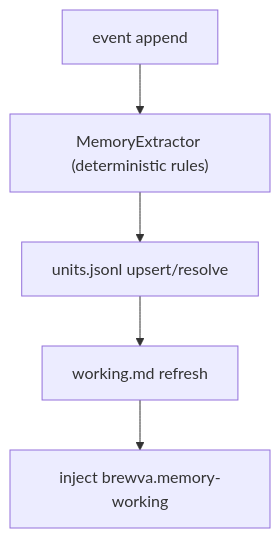
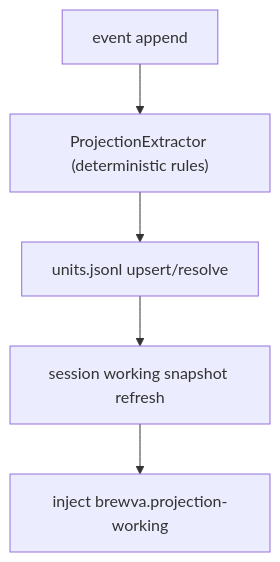
The fourth of 6 diagrams in docs/architecture/control-and-data-flow.md (arcthur/brewva), drawn with Mermaid before and after one commit. The commit also changed other lines of this file and 100 other files, not shown here.

````diff
--- a/docs/architecture/control-and-data-flow.md
+++ b/docs/architecture/control-and-data-flow.md
@@ -52,7 +52,7 @@
 ```mermaid
 flowchart TD
-  EVT["event append"] --> EX["MemoryExtractor (deterministic rules)"]
+  EVT["event append"] --> EX["ProjectionExtractor (deterministic rules)"]
   EX --> U["units.jsonl upsert/resolve"]
-  U --> W["working.md refresh"]
-  W --> INJ["inject brewva.memory-working"]
+  U --> W["session working snapshot refresh"]
+  W --> INJ["inject brewva.projection-working"]
 ```
````
